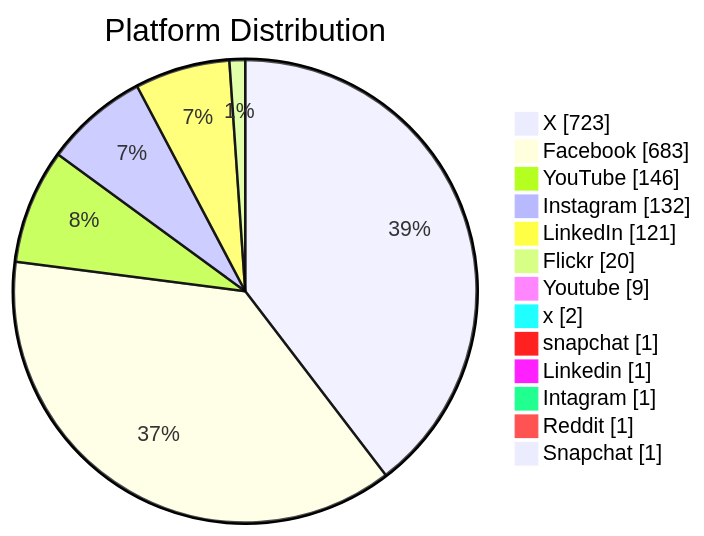
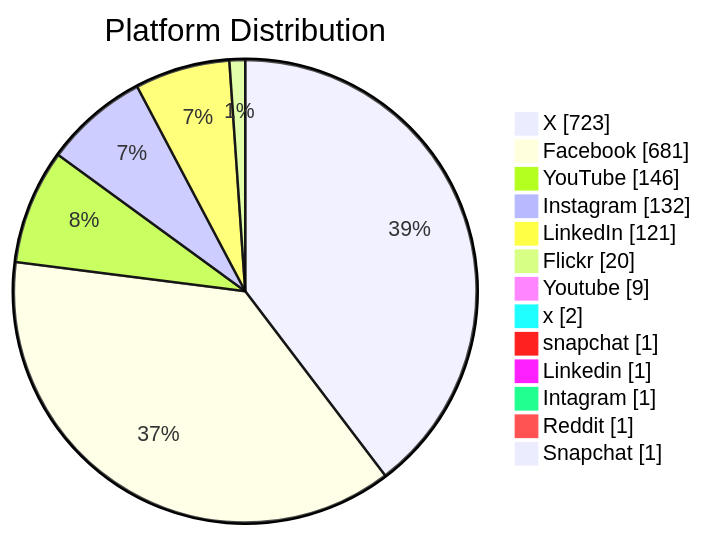
The second of 6 diagrams in README.md (PatLittle/GC-Socials), drawn with Mermaid before and after one commit. The commit also changed other lines of this file, not shown here.

Commit message:
Update README with Platform Distribution pie chart

````diff
--- a/README.md
+++ b/README.md
@@ -46,16 +46,16 @@
 ```mermaid
 pie showData title Platform Distribution
     "X": 723
-    "Facebook": 683
+    "Facebook": 681
     "YouTube": 146
     "Instagram": 132
     "LinkedIn": 121
     "Flickr": 20
     "Youtube": 9
     "x": 2
     "snapchat": 1
     "Linkedin": 1
     "Intagram": 1
     "Reddit": 1
     "Snapchat": 1
 ```
````
